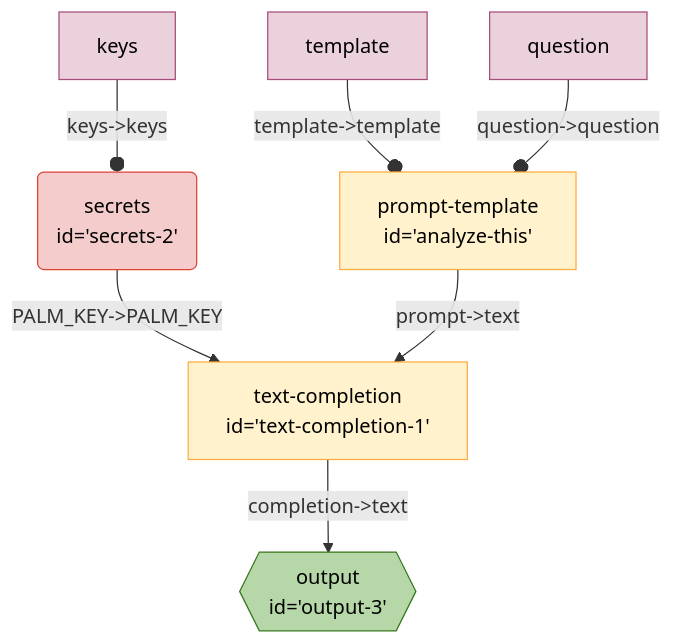
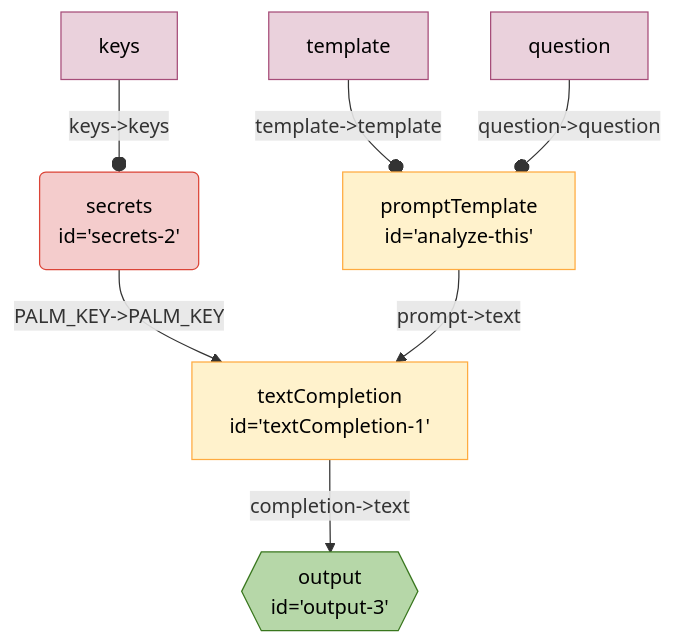
The diagram in seeds/graph-playground/docs/graphs/auto-simple-prompt.md (breadboard-ai/breadboard), drawn with Mermaid before and after one commit. The commit also changed 41 other files, not shown here.

````diff
--- a/seeds/graph-playground/docs/graphs/auto-simple-prompt.md
+++ b/seeds/graph-playground/docs/graphs/auto-simple-prompt.md
@@ -5,24 +5,24 @@
   ```mermaid
   %%{init: 'themeVariables': { 'fontFamily': 'Fira Code, monospace' }}%%
 graph TD;
 secrets2("secrets
-id='secrets-2'"):::secrets -- "PALM_KEY->PALM_KEY" --> textcompletion1["text-completion
-id='text-completion-1'"]
-textcompletion1["text-completion
-id='text-completion-1'"] -- "completion->text" --> output3{{"output
+id='secrets-2'"):::secrets -- "PALM_KEY->PALM_KEY" --> textCompletion1["textCompletion
+id='textCompletion-1'"]
+textCompletion1["textCompletion
+id='textCompletion-1'"] -- "completion->text" --> output3{{"output
 id='output-3'"}}:::output
-analyzethis["prompt-template
-id='analyze-this'"] -- "prompt->text" --> textcompletion1["text-completion
-id='text-completion-1'"]
+analyzethis["promptTemplate
+id='analyze-this'"] -- "prompt->text" --> textCompletion1["textCompletion
+id='textCompletion-1'"]
 keyssecrets2[keys]:::config -- "keys->keys" --o secrets2
 templateanalyzethis[template]:::config -- "template->template" --o analyzethis
 questionanalyzethis[question]:::config -- "question->question" --o analyzethis
 classDef default stroke:#ffab40,fill:#fff2ccff,color:#000
 classDef input stroke:#3c78d8,fill:#c9daf8ff,color:#000
 classDef output stroke:#38761d,fill:#b6d7a8ff,color:#000
 classDef passthrough stroke:#a64d79,fill:#ead1dcff,color:#000
 classDef slot stroke:#a64d79,fill:#ead1dcff,color:#000
 classDef config stroke:#a64d79,fill:#ead1dcff,color:#000
 classDef secrets stroke:#db4437,fill:#f4cccc,color:#000
 classDef slotted stroke:#a64d79
   ```
````
